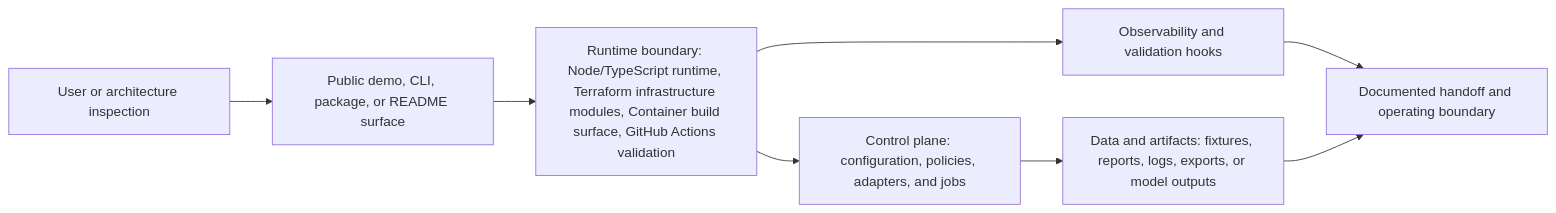
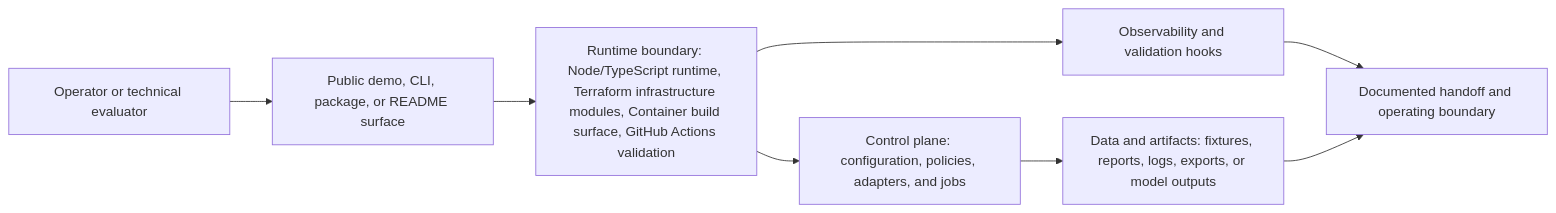
One commit to KIM3310/AegisOps changed the diagram in docs/system-architecture.md. Above: the diagram before and after it, drawn with Mermaid. The commit also changed other lines of this file and 39 other files, not shown here.

````diff
--- a/docs/system-architecture.md
+++ b/docs/system-architecture.md
@@ -18,10 +18,10 @@
 ```mermaid
 flowchart LR
-    User["User or architecture inspection"] --> Surface["Public demo, CLI, package, or README surface"]
+    User["Operator or technical evaluator"] --> Surface["Public demo, CLI, package, or README surface"]
     Surface --> Runtime["Runtime boundary: Node/TypeScript runtime, Terraform infrastructure modules, Container build surface, GitHub Actions validation"]
     Runtime --> Control["Control plane: configuration, policies, adapters, and jobs"]
     Control --> Data["Data and artifacts: fixtures, reports, logs, exports, or model outputs"]
     Runtime --> Observability["Observability and validation hooks"]
     Observability --> Handoff["Documented handoff and operating boundary"]
     Data --> Handoff
 ```
````
